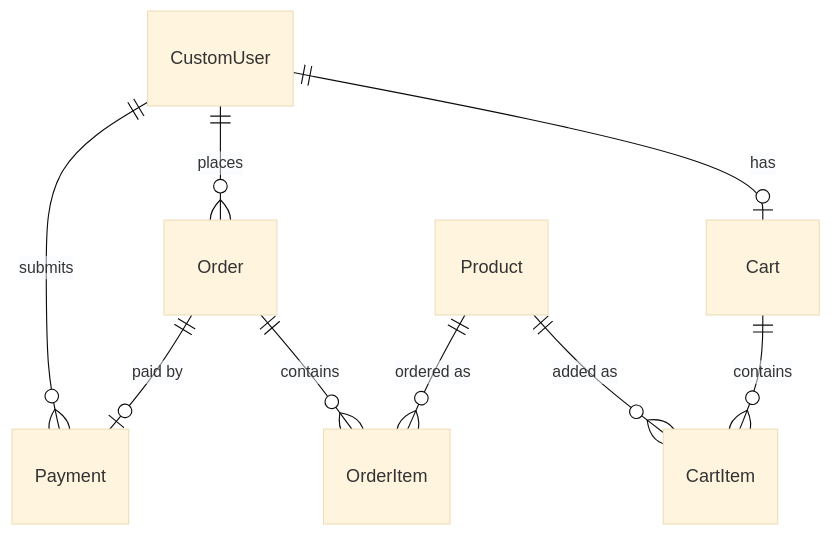
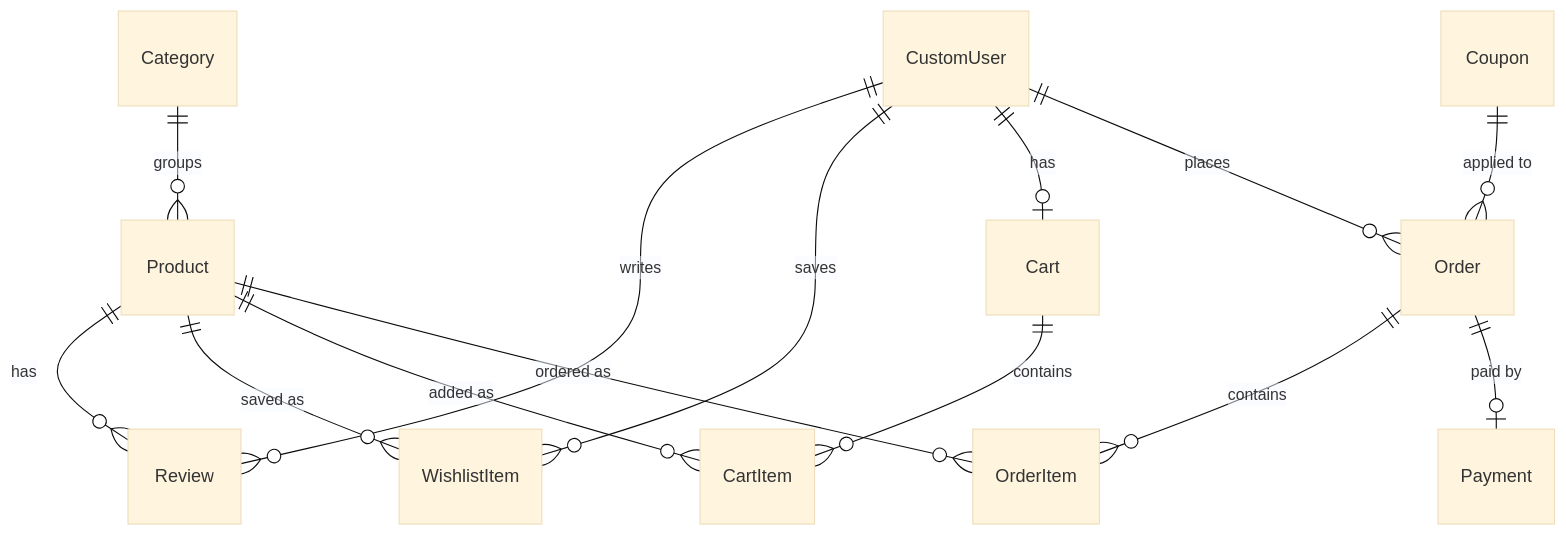
The diagram in README.md (saneedkhani/ecommerce-store), drawn with Mermaid (base theme) before and after one commit. The commit also changed other lines of this file and 77 other files, not shown here.

````diff
--- a/README.md
+++ b/README.md
@@ -88,11 +112,16 @@
 ```mermaid
 erDiagram
+    Category ||--o{ Product : groups
+    Product ||--o{ Review : has
+    CustomUser ||--o{ Review : writes
+    CustomUser ||--o{ WishlistItem : saves
+    Product ||--o{ WishlistItem : "saved as"
     CustomUser ||--o| Cart : has
-    CustomUser ||--o{ Order : places
     Cart ||--o{ CartItem : contains
     Product ||--o{ CartItem : "added as"
+    CustomUser ||--o{ Order : places
+    Coupon ||--o{ Order : "applied to"
     Order ||--o{ OrderItem : contains
     Product ||--o{ OrderItem : "ordered as"
     Order ||--o| Payment : "paid by"
-    CustomUser ||--o{ Payment : submits
 ```
````
